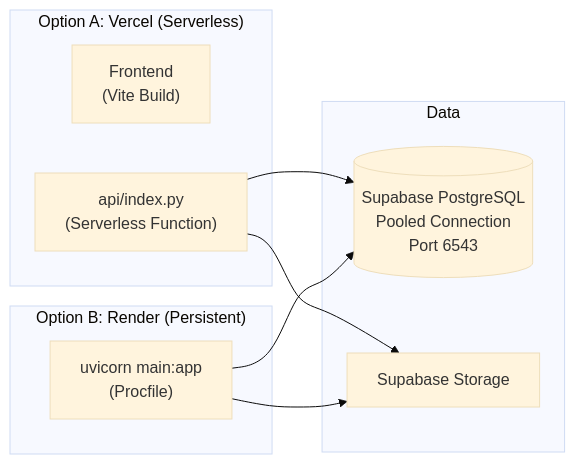
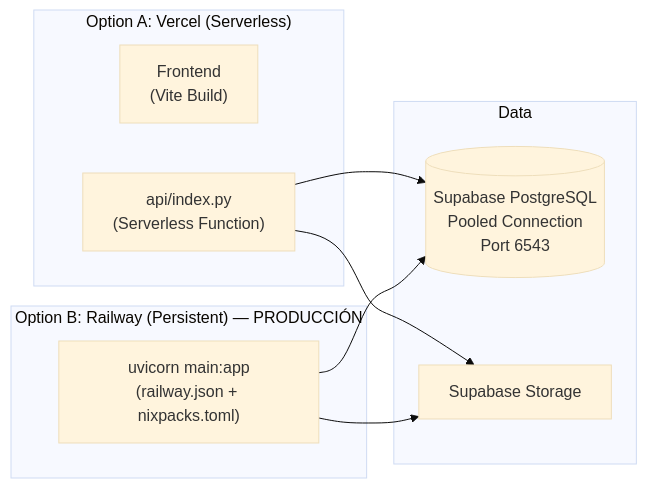
Before and after one commit to jesusvasquezjr3-littlefounders/LITTLEFOUNDERS-AI: diagram 15 of 15 in backend/BACKEND_GUIDE.md, drawn with Mermaid (base theme). The commit also changed other lines of this file and 3 other files, not shown here.

````diff
--- a/backend/BACKEND_GUIDE.md
+++ b/backend/BACKEND_GUIDE.md
@@ -1206,21 +1208,21 @@
 ```mermaid
 graph LR
     subgraph "Option A: Vercel (Serverless)"
         V_FE["Frontend<br/>(Vite Build)"]
         V_API["api/index.py<br/>(Serverless Function)"]
     end
 
-    subgraph "Option B: Render (Persistent)"
-        R_API["uvicorn main:app<br/>(Procfile)"]
+    subgraph "Option B: Railway (Persistent) — PRODUCCIÓN"
+        R_API["uvicorn main:app<br/>(railway.json + nixpacks.toml)"]
     end
 
     subgraph "Data"
         DB[("Supabase PostgreSQL<br/>Pooled Connection<br/>Port 6543")]
         STORE["Supabase Storage"]
     end
 
     V_API --> DB
     R_API --> DB
     V_API --> STORE
     R_API --> STORE
 ```
````
